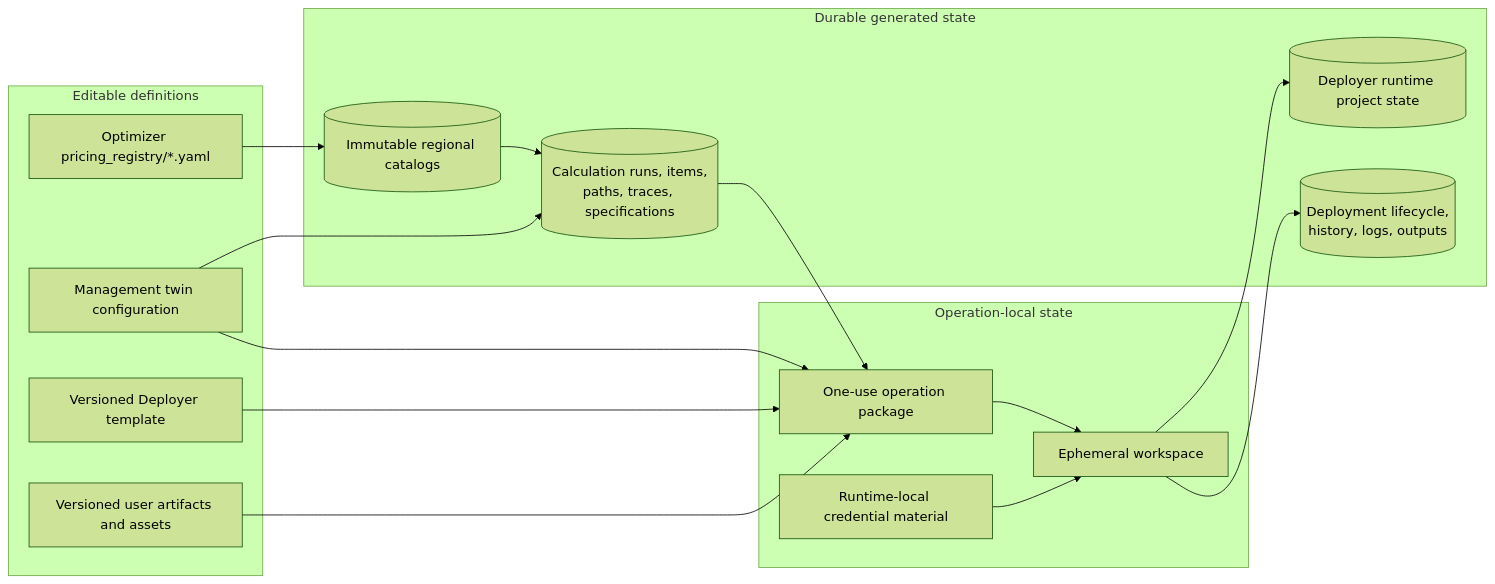
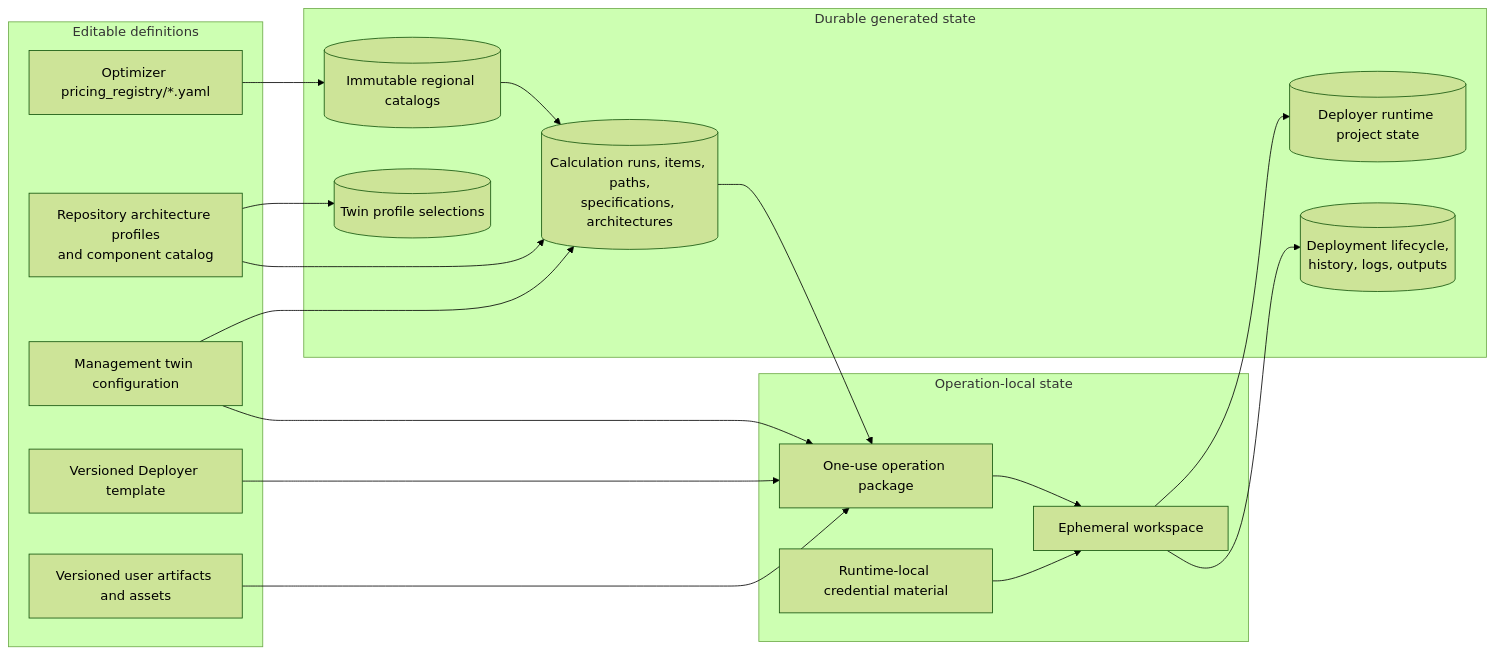
One commit to TVJunkie724/master-thesis changed the first of 4 diagrams in docs-site/docs/contracts-and-data-flow/state-ownership.md. Above: the diagram before and after it, drawn with Mermaid (forest theme). The commit also changed other lines of this file and 54 other files, not shown here.

First line of the commit message:
feat(management): persist resolved twin architectures

````diff
--- a/docs-site/docs/contracts-and-data-flow/state-ownership.md
+++ b/docs-site/docs/contracts-and-data-flow/state-ownership.md
@@ -5,34 +5,38 @@
 ```mermaid
 flowchart LR
     subgraph Editable["Editable definitions"]
         Registry["Optimizer pricing_registry/*.yaml"]
+        Profiles["Repository architecture profiles<br/>and component catalog"]
         TwinConfig["Management twin configuration"]
         Template["Versioned Deployer template"]
         UserAssets["Versioned user artifacts and assets"]
     end
 
     subgraph Durable["Durable generated state"]
         Catalogs[("Immutable regional catalogs")]
-        Runs[("Calculation runs, items,<br/>paths, traces, specifications")]
+        Runs[("Calculation runs, items, paths,<br/>specifications, architectures")]
+        Selections[("Twin profile selections")]
         Operations[("Deployment lifecycle,<br/>history, logs, outputs")]
         Runtime[("Deployer runtime project state")]
     end
 
     subgraph Ephemeral["Operation-local state"]
         Package["One-use operation package"]
         Workspace["Ephemeral workspace"]
         Secrets["Runtime-local credential material"]
     end
 
     Registry --> Catalogs
+    Profiles --> Selections
+    Profiles --> Runs
     Catalogs --> Runs
     TwinConfig --> Runs
     Runs --> Package
     TwinConfig --> Package
     Template --> Package
     UserAssets --> Package
     Package --> Workspace
     Secrets --> Workspace
     Workspace --> Runtime
     Workspace --> Operations
 ```
````
